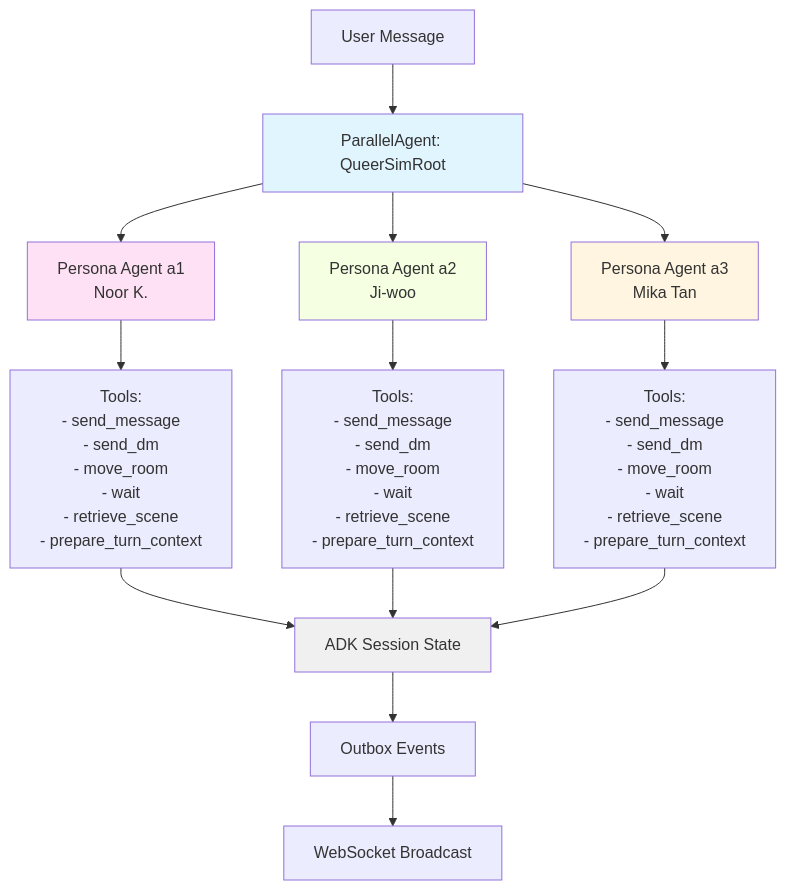
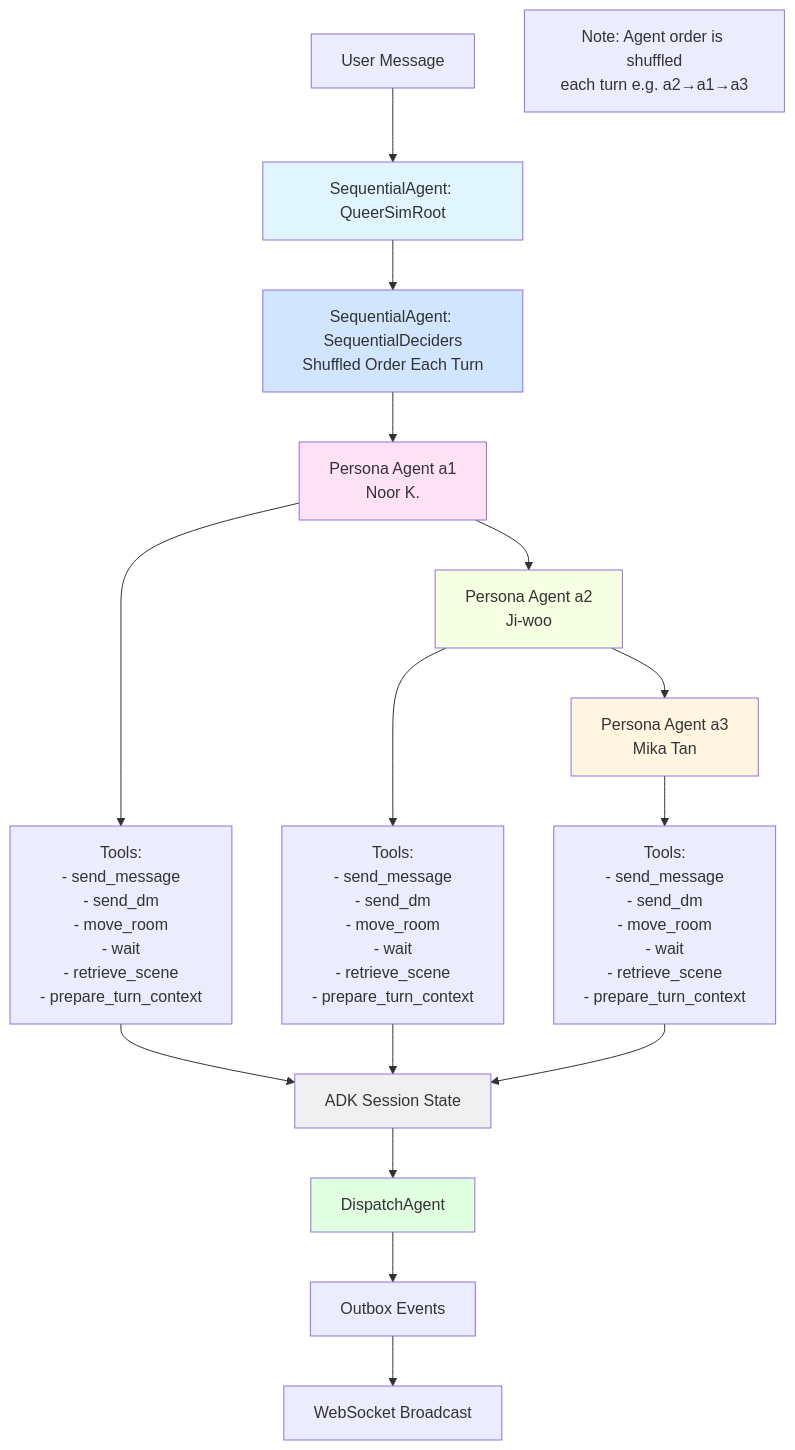
One commit to echohuiecho/llm-queer-simulation changed the diagram in README.md. Above: the diagram before and after it, drawn with Mermaid. The commit also changed other lines of this file and 2 other files, not shown here.

Commit message:
Dynamic shuffled sequential agent order

````diff
--- a/README.md
+++ b/README.md
@@ -142,25 +142,32 @@
 ```mermaid
 graph TD
-    User[User Message] --> Root[ParallelAgent: QueerSimRoot]
+    User[User Message] --> Root[SequentialAgent: QueerSimRoot]
 
-    Root --> A1[Persona Agent a1<br/>Noor K.]
-    Root --> A2[Persona Agent a2<br/>Ji-woo]
-    Root --> A3[Persona Agent a3<br/>Mika Tan]
+    Root --> SequentialDeciders[SequentialAgent: SequentialDeciders<br/>Shuffled Order Each Turn]
+
+    SequentialDeciders --> A1[Persona Agent a1<br/>Noor K.]
+    A1 --> A2[Persona Agent a2<br/>Ji-woo]
+    A2 --> A3[Persona Agent a3<br/>Mika Tan]
+
+    Note1[Note: Agent order is shuffled<br/>each turn e.g. a2→a1→a3]
 
     A1 --> Tools1[Tools:<br/>- send_message<br/>- send_dm<br/>- move_room<br/>- wait<br/>- retrieve_scene<br/>- prepare_turn_context]
     A2 --> Tools2[Tools:<br/>- send_message<br/>- send_dm<br/>- move_room<br/>- wait<br/>- retrieve_scene<br/>- prepare_turn_context]
     A3 --> Tools3[Tools:<br/>- send_message<br/>- send_dm<br/>- move_room<br/>- wait<br/>- retrieve_scene<br/>- prepare_turn_context]
 
     Tools1 --> State[ADK Session State]
     Tools2 --> State
     Tools3 --> State
 
-    State --> Outbox[Outbox Events]
+    State --> Dispatch[DispatchAgent]
+    Dispatch --> Outbox[Outbox Events]
     Outbox --> WS[WebSocket Broadcast]
 
     style Root fill:#e1f5ff
+    style SequentialDeciders fill:#d1e5ff
     style A1 fill:#ffe1f5
     style A2 fill:#f5ffe1
     style A3 fill:#fff5e1
     style State fill:#f0f0f0
+    style Dispatch fill:#e1ffe1
 ```
````
